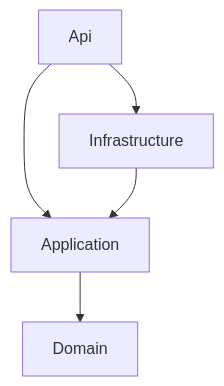
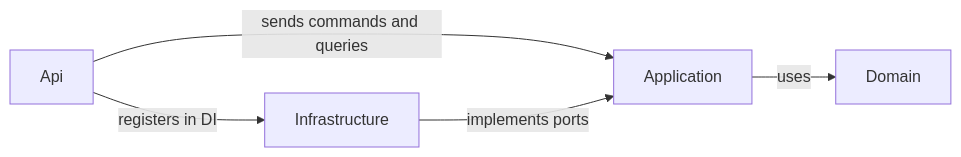
The second of 3 diagrams in docs/ARCHITECTURE.md (mgiuseppe/ProductApi_DotNet10), drawn with Mermaid before and after one commit. The commit also changed other lines of this file and 11 other files, not shown here.

````diff
--- a/docs/ARCHITECTURE.md
+++ b/docs/ARCHITECTURE.md
@@ -22,7 +22,7 @@
 ```mermaid
-flowchart TD
-  Api --> Application
-  Api --> Infrastructure
-  Infrastructure --> Application
-  Application --> Domain
+flowchart LR
+  Api --> |sends commands and queries| Application
+  Api --> |registers in DI| Infrastructure
+  Infrastructure --> |implements ports| Application
+  Application --> |uses| Domain
 ```
````
